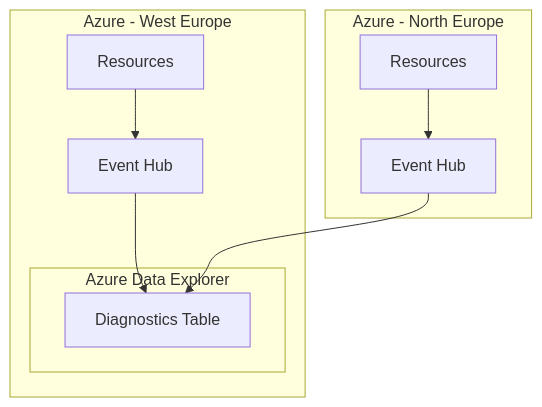
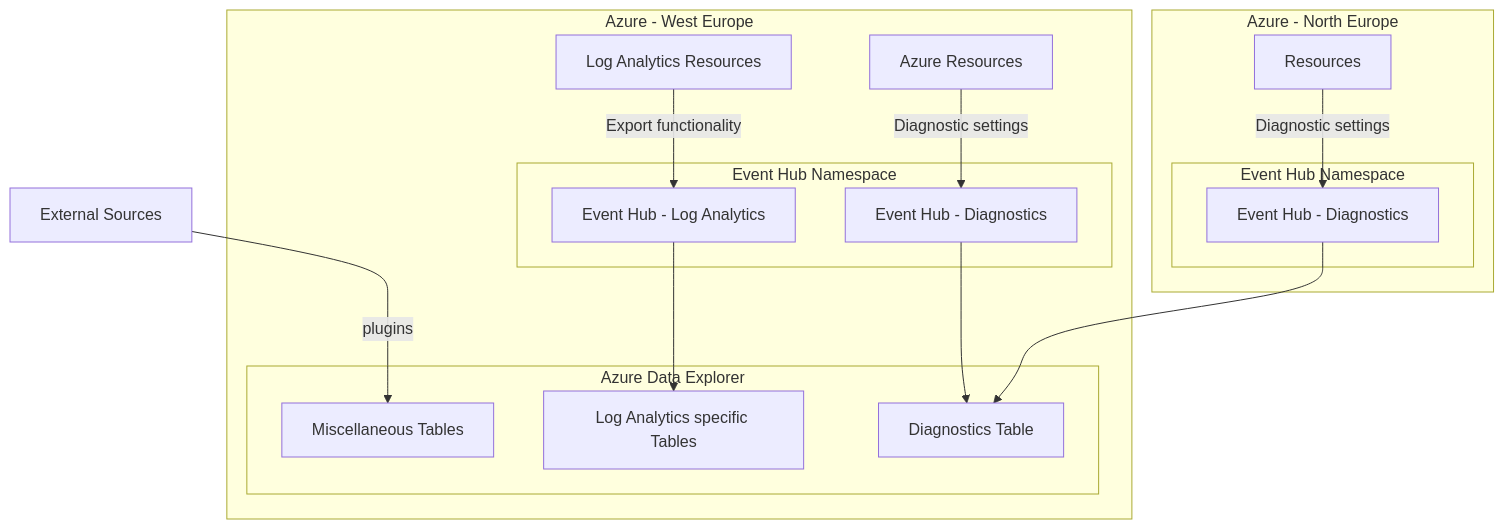
The diagram in README.md (erwinkramer/kusto-event-hub-law), drawn with Mermaid before and after one commit.

Commit message:
expand on mermaid

````diff
--- a/README.md
+++ b/README.md
@@ -24,21 +24,37 @@
 ```mermaid
 flowchart TD
-  
+
+ext[External Sources]
+ext -- plugins --> misctable
+
 subgraph Azure - West Europe
-    evhweu[Event Hub]
-    resweu[Resources]
+    reslaweu[Log Analytics Resources]
+    resweu[Azure Resources]
 
-    subgraph Azure Data Explorer
-        diagtable[Diagnostics Table]
+    subgraph Event Hub Namespace
+        evhlaweu[Event Hub - Log Analytics]
+        evhdiweu[Event Hub - Diagnostics]
     end
 
-    resweu-->evhweu-->diagtable
+    
+    subgraph Azure Data Explorer
+        lawtable[Log Analytics specific Tables]
+        diagtable[Diagnostics Table]
+        misctable[Miscellaneous Tables]
+    end
+
+    reslaweu--Export functionality-->evhlaweu-->lawtable
+
+    resweu--Diagnostic settings-->evhdiweu-->diagtable
 end
     
 subgraph Azure - North Europe
-    evhneu[Event Hub]
     resneu[Resources]
 
-    resneu-->evhneu-->diagtable
+    subgraph Event Hub Namespace
+        evhdineu[Event Hub - Diagnostics]
+    end
+
+    resneu--Diagnostic settings-->evhdineu-->diagtable
 end
 ```
````
